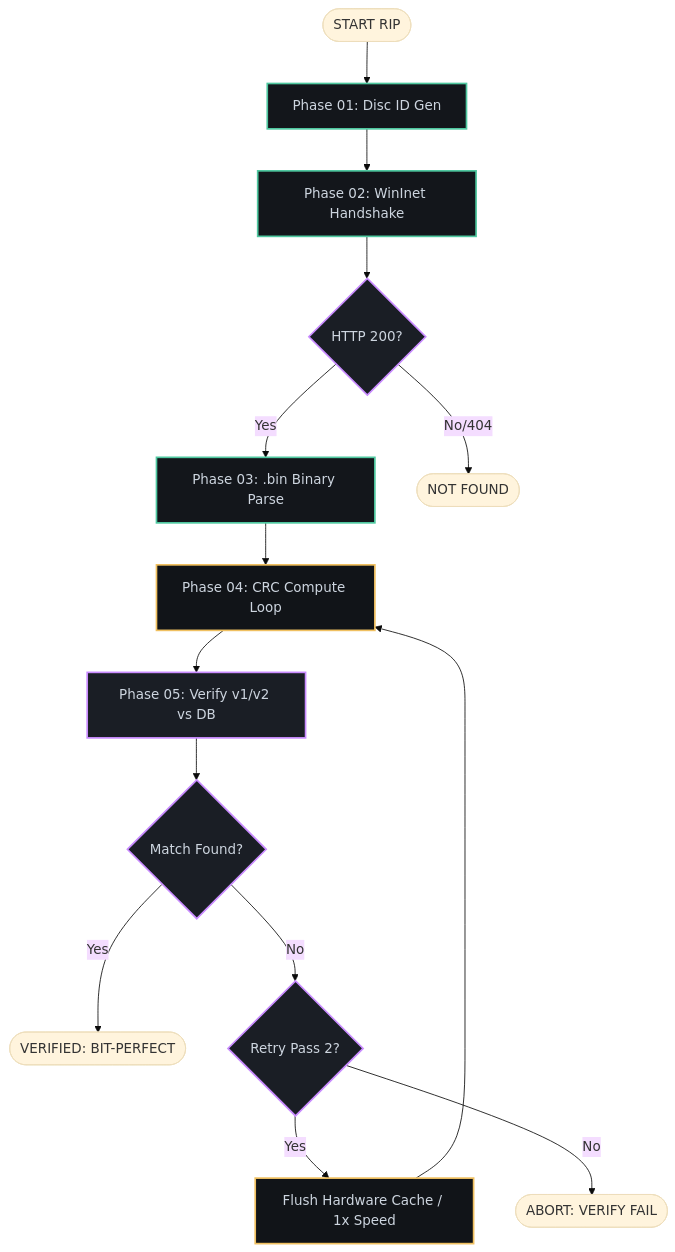
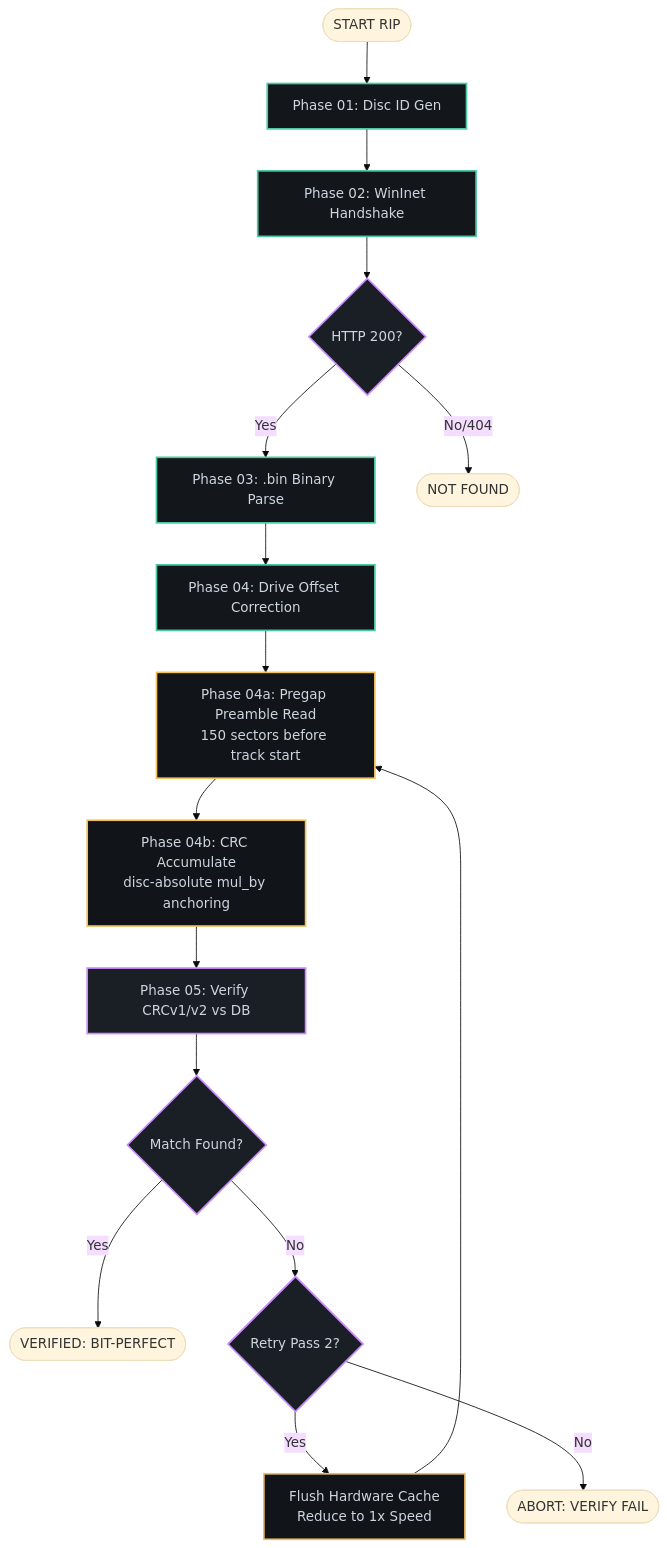
The diagram in docs/README.md (RadMageIRL/re-moct), drawn with Mermaid (base theme) before and after one commit.

````diff
--- a/docs/README.md
+++ b/docs/README.md
@@ -28,28 +27,30 @@
 ```mermaid
 graph TD
     classDef hardware fill:#13161b,stroke:#4fc8a0,stroke-width:2px,color:#cdd5df;
     classDef handshake fill:#1a1e25,stroke:#c98bff,stroke-width:2px,color:#cdd5df;
     classDef forensic fill:#111418,stroke:#f0c060,stroke-width:2px,color:#cdd5df;
 
     Start([START RIP]) --> A[Phase 01: Disc ID Gen]
     A --> B[Phase 02: WinInet Handshake]
     B --> C{HTTP 200?}
-    
+
     C -- Yes --> D[Phase 03: .bin Binary Parse]
     C -- No/404 --> F([NOT FOUND])
-    
-    D --> E[Phase 04: CRC Compute Loop]
-    E --> G[Phase 05: Verify v1/v2 vs DB]
-    
+
+    D --> O[Phase 04: Drive Offset Correction]
+    O --> P[Phase 04a: Pregap Preamble Read\n150 sectors before track start]
+    P --> E[Phase 04b: CRC Accumulate\ndisc-absolute mul_by anchoring]
+    E --> G[Phase 05: Verify CRCv1/v2 vs DB]
+
     G --> H{Match Found?}
     H -- Yes --> I([VERIFIED: BIT-PERFECT])
     H -- No --> J{Retry Pass 2?}
-    
-    J -- Yes --> K[Flush Hardware Cache / 1x Speed]
-    K --> E
+
+    J -- Yes --> K[Flush Hardware Cache\nReduce to 1x Speed]
+    K --> P
     J -- No --> L([ABORT: VERIFY FAIL])
 
-    class A,B,D hardware;
+    class A,B,D,O hardware;
     class C,G,H,J handshake;
-    class E,K forensic;
+    class P,E,K forensic;
 ```
````
